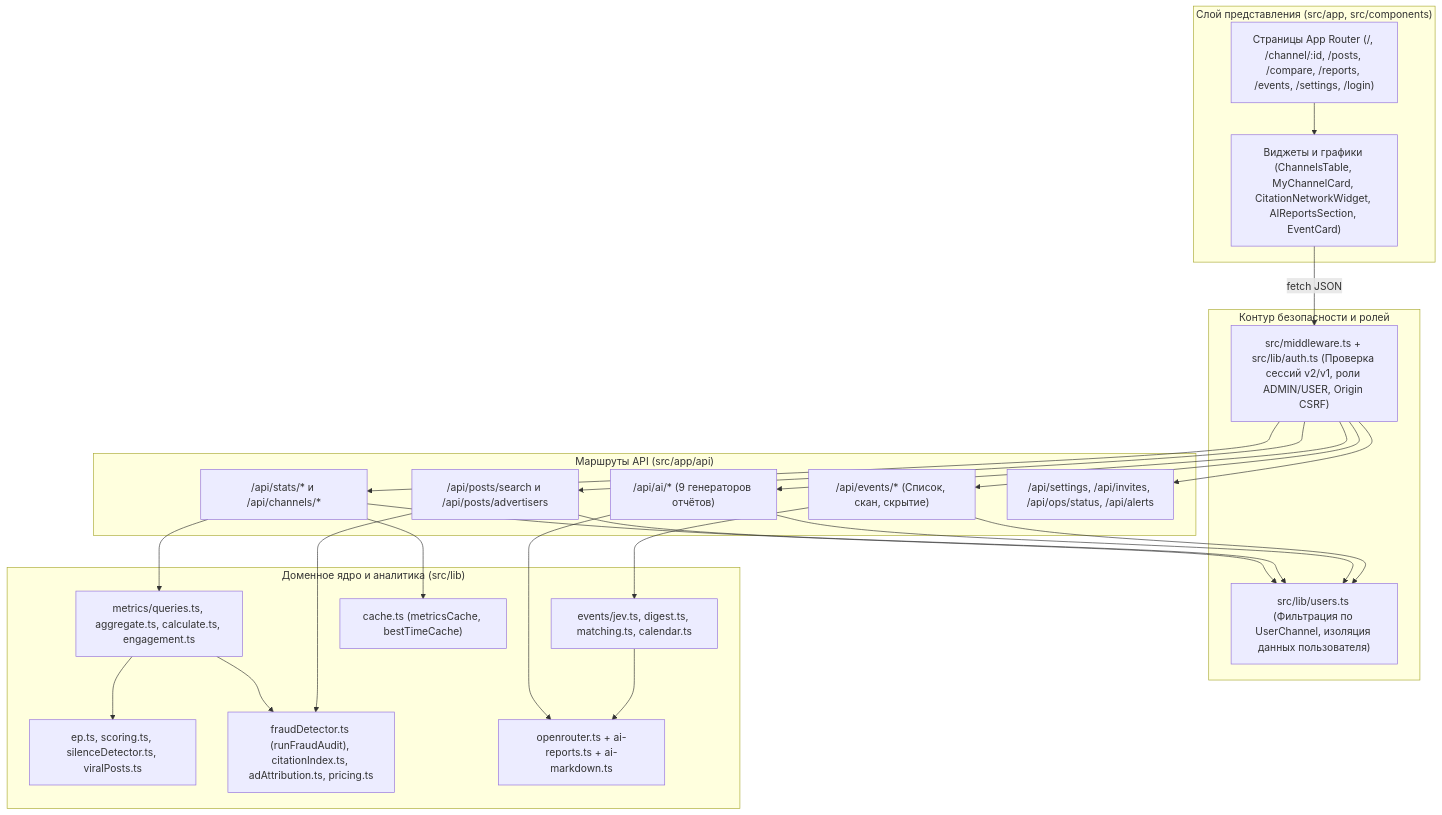
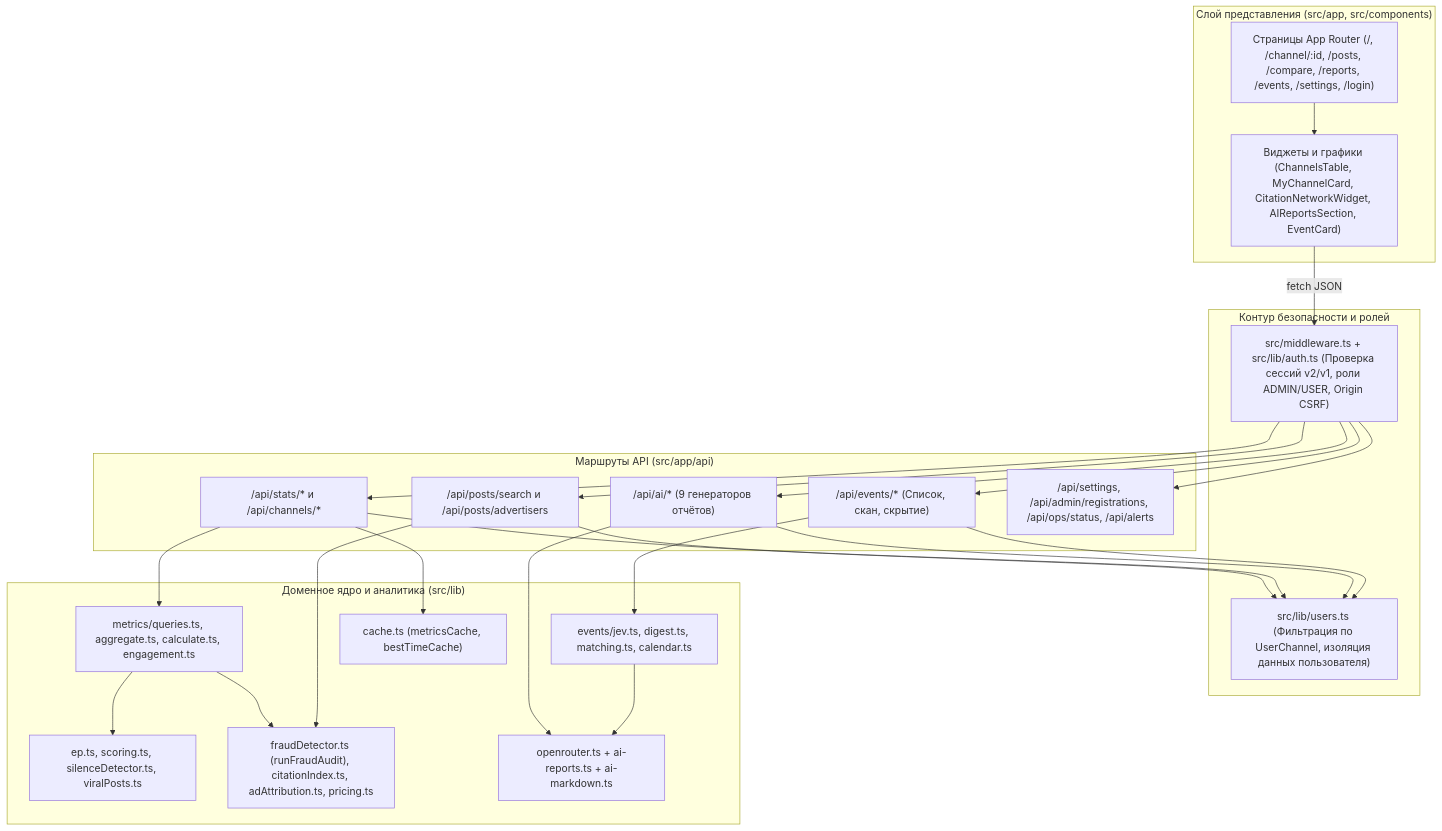
One commit to liquidsyntes/tg_mons changed the second of 8 diagrams in docs/architecture.md. Above: the diagram before and after it, drawn with Mermaid. The commit also changed other lines of this file and 37 other files, not shown here.

Commit message:
feat(auth): add Telegram registration approval flow

````diff
--- a/docs/architecture.md
+++ b/docs/architecture.md
@@ -78,51 +78,51 @@
 ```mermaid
 flowchart TB
     subgraph Presentation["Слой представления (src/app, src/components)"]
         Pages["Страницы App Router (/, /channel/:id, /posts, /compare, /reports, /events, /settings, /login)"]
         Widgets["Виджеты и графики (ChannelsTable, MyChannelCard, CitationNetworkWidget, AIReportsSection, EventCard)"]
     end
 
     subgraph Security["Контур безопасности и ролей"]
         Middleware["src/middleware.ts + src/lib/auth.ts (Проверка сессий v2/v1, роли ADMIN/USER, Origin CSRF)"]
         Scope["src/lib/users.ts (Фильтрация по UserChannel, изоляция данных пользователя)"]
     end
 
     subgraph Routes["Маршруты API (src/app/api)"]
         StatsAPI["/api/stats/* и /api/channels/*"]
         PostsAPI["/api/posts/search и /api/posts/advertisers"]
         AiAPI["/api/ai/* (9 генераторов отчётов)"]
         EventsAPI["/api/events/* (Список, скан, скрытие)"]
-        AdminOpsAPI["/api/settings, /api/invites, /api/ops/status, /api/alerts"]
+        AdminOpsAPI["/api/settings, /api/admin/registrations, /api/ops/status, /api/alerts"]
     end
 
     subgraph Domain["Доменное ядро и аналитика (src/lib)"]
         MetricsEngine["metrics/queries.ts, aggregate.ts, calculate.ts, engagement.ts"]
         ScoringEngine["ep.ts, scoring.ts, silenceDetector.ts, viralPosts.ts"]
         FraudCitation["fraudDetector.ts (runFraudAudit), citationIndex.ts, adAttribution.ts, pricing.ts"]
         EventsEngine["events/jev.ts, digest.ts, matching.ts, calendar.ts"]
         OpenRouterClient["openrouter.ts + ai-reports.ts + ai-markdown.ts"]
         InMemCache["cache.ts (metricsCache, bestTimeCache)"]
     end
 
     Pages --> Widgets
     Widgets -->|fetch JSON| Middleware
     Middleware --> StatsAPI
     Middleware --> PostsAPI
     Middleware --> AiAPI
     Middleware --> EventsAPI
     Middleware --> AdminOpsAPI
 
     StatsAPI --> Scope
     PostsAPI --> Scope
     AiAPI --> Scope
     EventsAPI --> Scope
 
     StatsAPI --> InMemCache
     StatsAPI --> MetricsEngine
     MetricsEngine --> ScoringEngine
     MetricsEngine --> FraudCitation
     PostsAPI --> FraudCitation
     AiAPI --> OpenRouterClient
     EventsAPI --> EventsEngine
     EventsEngine --> OpenRouterClient
 ```
````
